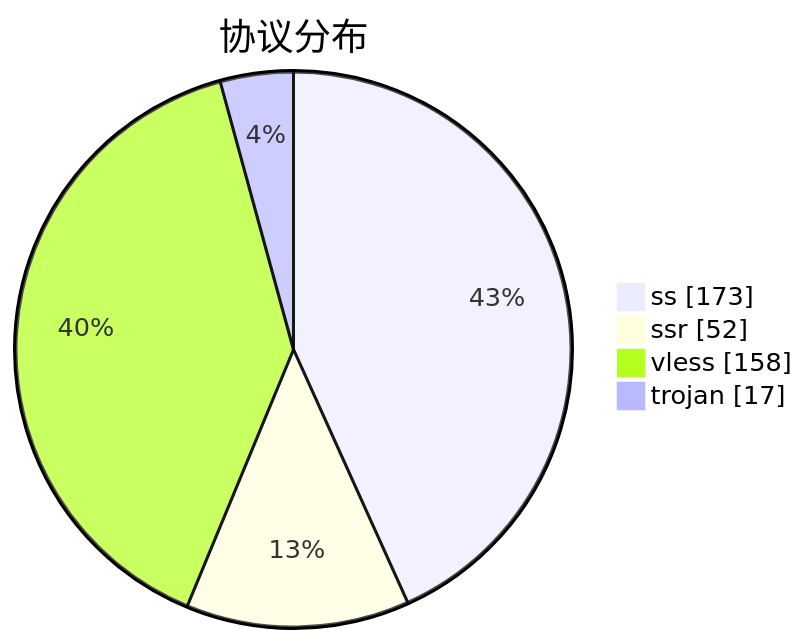
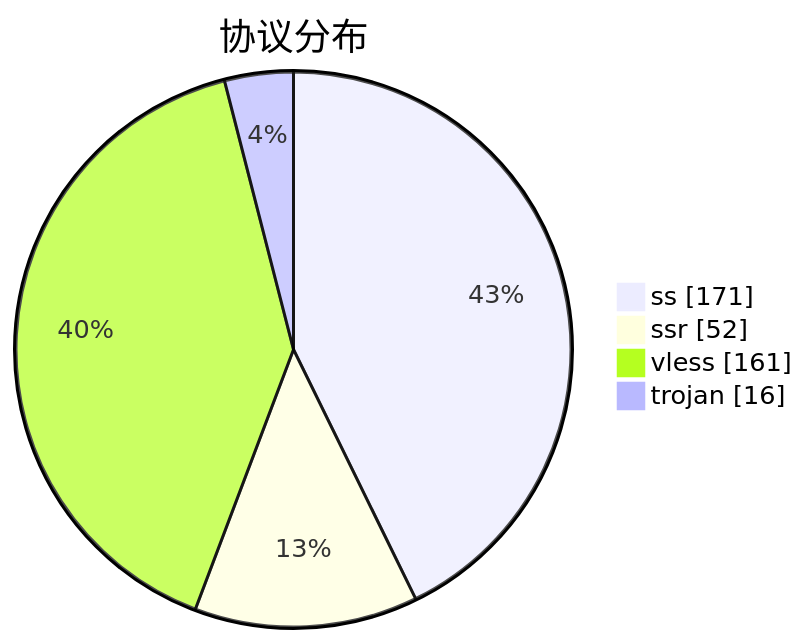
One commit to qjlxg/airport changed the third of 3 diagrams in subs/statistics/tested_within.md. Above: the diagram before and after it, drawn with Mermaid. The commit also changed other lines of this file and 2 other files, not shown here.

````diff
--- a/subs/statistics/tested_within.md
+++ b/subs/statistics/tested_within.md
@@ -18,8 +18,8 @@
 ```mermaid
 pie showData
 title 协议分布
-"ss" : 173
+"ss" : 171
 "ssr" : 52
-"vless" : 158
-"trojan" : 17
+"vless" : 161
+"trojan" : 16
 ```
````
